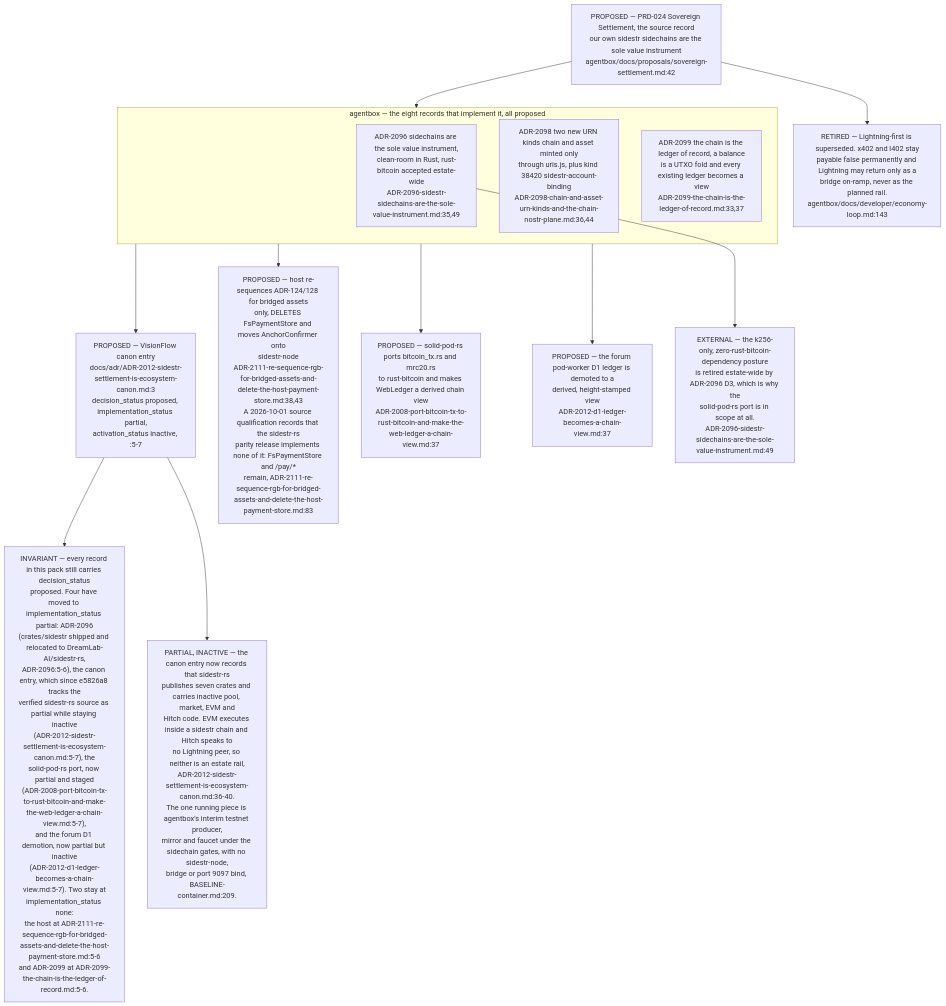
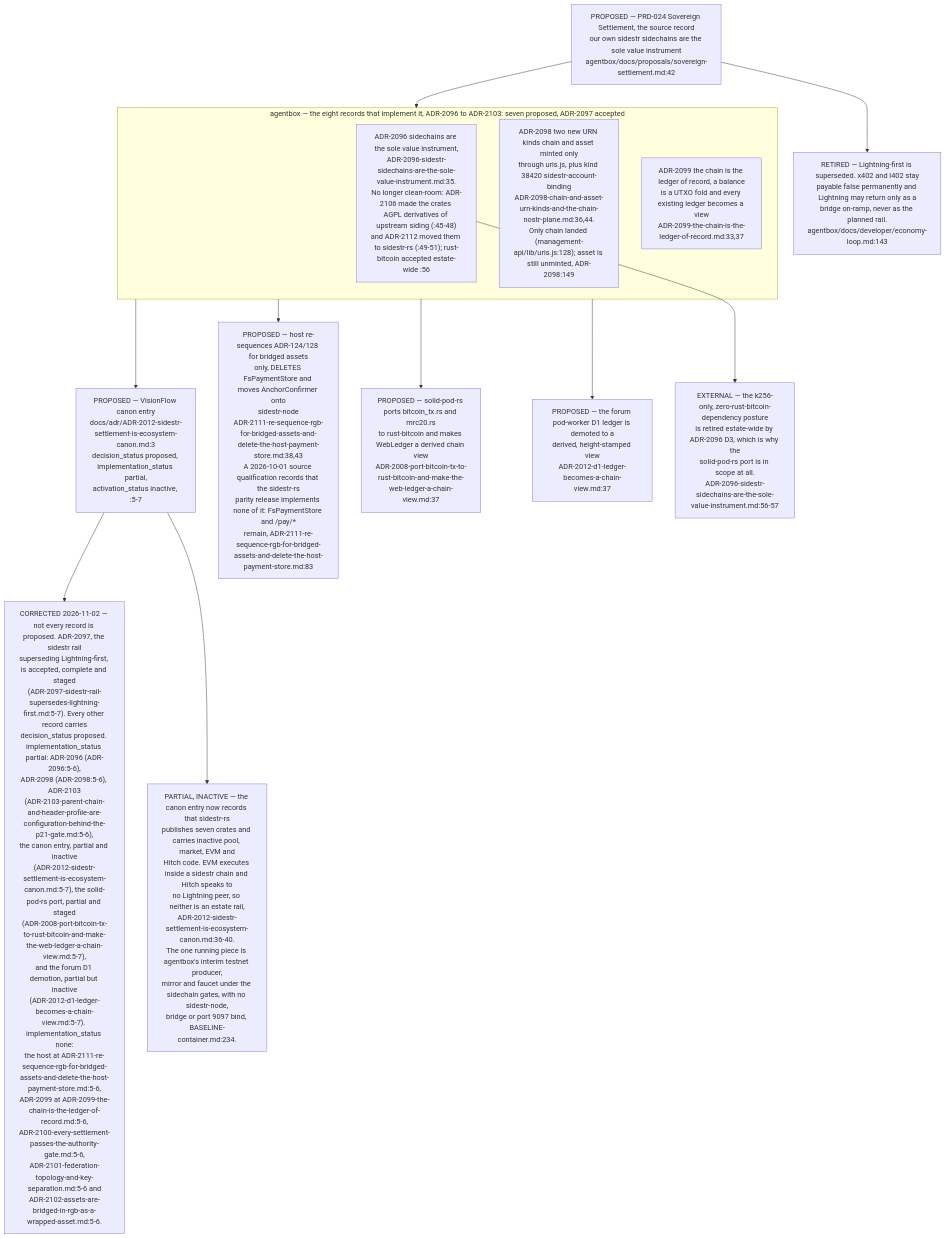
Before and after one commit to DreamLab-AI/VisionFlow: diagram 11 of 12 in docs/diagrams/estate/03-cross-repo-federation-contract.md, drawn with Mermaid. The commit also changed other lines of this file and 91 other files, not shown here.

First line of the commit message:
docs(audit): estate audit wave 2, every repository except agentbox and VisionClaw

````diff
--- a/docs/diagrams/estate/03-cross-repo-federation-contract.md
+++ b/docs/diagrams/estate/03-cross-repo-federation-contract.md
@@ -451,32 +478,32 @@
 ```mermaid
 flowchart TB
     PRD["PROPOSED — PRD-024 Sovereign Settlement, the source record<br/>our own sidestr sidechains are the sole value instrument<br/>agentbox/docs/proposals/sovereign-settlement.md:42"]
 
-    subgraph AB["agentbox — the eight records that implement it, all proposed"]
-        A96["ADR-2096 sidechains are the sole value instrument,<br/>clean-room in Rust, rust-bitcoin accepted estate-wide<br/>ADR-2096-sidestr-sidechains-are-the-sole-value-instrument.md:35,49"]
-        A98["ADR-2098 two new URN kinds chain and asset minted only<br/>through uris.js, plus kind 38420 sidestr-account-binding<br/>ADR-2098-chain-and-asset-urn-kinds-and-the-chain-nostr-plane.md:36,44"]
+    subgraph AB["agentbox — the eight records that implement it, ADR-2096 to ADR-2103: seven proposed, ADR-2097 accepted"]
+        A96["ADR-2096 sidechains are the sole value instrument,<br/>ADR-2096-sidestr-sidechains-are-the-sole-value-instrument.md:35.<br/>No longer clean-room: ADR-2106 made the crates AGPL derivatives of upstream siding (:45-48)<br/>and ADR-2112 moved them to sidestr-rs (:49-51); rust-bitcoin accepted estate-wide :56"]
+        A98["ADR-2098 two new URN kinds chain and asset minted only<br/>through uris.js, plus kind 38420 sidestr-account-binding<br/>ADR-2098-chain-and-asset-urn-kinds-and-the-chain-nostr-plane.md:36,44.<br/>Only chain landed (management-api/lib/uris.js:128); asset is still unminted, ADR-2098:149"]
         A99["ADR-2099 the chain is the ledger of record, a balance<br/>is a UTXO fold and every existing ledger becomes a view<br/>ADR-2099-the-chain-is-the-ledger-of-record.md:33,37"]
     end
     PRD --> AB
 
     CANON["PROPOSED — VisionFlow canon entry<br/>docs/adr/ADR-2012-sidestr-settlement-is-ecosystem-canon.md:3<br/>decision_status proposed, implementation_status partial,<br/>activation_status inactive, :5-7"]
     HOST["PROPOSED — host re-sequences ADR-124/128 for bridged assets<br/>only, DELETES FsPaymentStore and moves AnchorConfirmer onto<br/>sidestr-node<br/>ADR-2111-re-sequence-rgb-for-bridged-assets-and-delete-the-host-payment-store.md:38,43<br/>A 2026-10-01 source qualification records that the sidestr-rs<br/>parity release implements none of it: FsPaymentStore and /pay/*<br/>remain, ADR-2111-re-sequence-rgb-for-bridged-assets-and-delete-the-host-payment-store.md:83"]
     SPR["PROPOSED — solid-pod-rs ports bitcoin_tx.rs and mrc20.rs<br/>to rust-bitcoin and makes WebLedger a derived chain view<br/>ADR-2008-port-bitcoin-tx-to-rust-bitcoin-and-make-the-web-ledger-a-chain-view.md:37"]
     FRM["PROPOSED — the forum pod-worker D1 ledger is demoted to a<br/>derived, height-stamped view<br/>ADR-2012-d1-ledger-becomes-a-chain-view.md:37"]
 
     AB --> CANON
     AB --> HOST
     AB --> SPR
     AB --> FRM
 
-    INV["INVARIANT — every record in this pack still carries decision_status<br/>proposed. Four have moved to implementation_status partial: ADR-2096<br/>(crates/sidestr shipped and relocated to DreamLab-AI/sidestr-rs,<br/>ADR-2096:5-6), the canon entry, which since e5826a8 tracks the<br/>verified sidestr-rs source as partial while staying inactive<br/>(ADR-2012-sidestr-settlement-is-ecosystem-canon.md:5-7), the<br/>solid-pod-rs port, now partial and staged<br/>(ADR-2008-port-bitcoin-tx-to-rust-bitcoin-and-make-the-web-ledger-a-chain-view.md:5-7),<br/>and the forum D1 demotion, now partial but inactive<br/>(ADR-2012-d1-ledger-becomes-a-chain-view.md:5-7). Two stay at<br/>implementation_status none:<br/>the host at ADR-2111-re-sequence-rgb-for-bridged-assets-and-delete-the-host-payment-store.md:5-6<br/>and ADR-2099 at ADR-2099-the-chain-is-the-ledger-of-record.md:5-6."]
+    INV["CORRECTED 2026-11-02 — not every record is proposed. ADR-2097, the sidestr rail<br/>superseding Lightning-first, is accepted, complete and staged<br/>(ADR-2097-sidestr-rail-supersedes-lightning-first.md:5-7). Every other record carries<br/>decision_status proposed. implementation_status partial: ADR-2096 (ADR-2096:5-6),<br/>ADR-2098 (ADR-2098:5-6), ADR-2103<br/>(ADR-2103-parent-chain-and-header-profile-are-configuration-behind-the-p21-gate.md:5-6),<br/>the canon entry, partial and inactive<br/>(ADR-2012-sidestr-settlement-is-ecosystem-canon.md:5-7), the solid-pod-rs port, partial and staged<br/>(ADR-2008-port-bitcoin-tx-to-rust-bitcoin-and-make-the-web-ledger-a-chain-view.md:5-7),<br/>and the forum D1 demotion, partial but inactive<br/>(ADR-2012-d1-ledger-becomes-a-chain-view.md:5-7). implementation_status none:<br/>the host at ADR-2111-re-sequence-rgb-for-bridged-assets-and-delete-the-host-payment-store.md:5-6,<br/>ADR-2099 at ADR-2099-the-chain-is-the-ledger-of-record.md:5-6,<br/>ADR-2100-every-settlement-passes-the-authority-gate.md:5-6,<br/>ADR-2101-federation-topology-and-key-separation.md:5-6 and<br/>ADR-2102-assets-are-bridged-in-rgb-as-a-wrapped-asset.md:5-6."]
     CANON --> INV
-    SRCST["PARTIAL, INACTIVE — the canon entry now records that sidestr-rs<br/>publishes seven crates and carries inactive pool, market, EVM and<br/>Hitch code. EVM executes inside a sidestr chain and Hitch speaks to<br/>no Lightning peer, so neither is an estate rail,<br/>ADR-2012-sidestr-settlement-is-ecosystem-canon.md:36-40.<br/>The one running piece is agentbox's interim testnet producer,<br/>mirror and faucet under the sidechain gates, with no sidestr-node,<br/>bridge or port 9097 bind, BASELINE-container.md:209."]
+    SRCST["PARTIAL, INACTIVE — the canon entry now records that sidestr-rs<br/>publishes seven crates and carries inactive pool, market, EVM and<br/>Hitch code. EVM executes inside a sidestr chain and Hitch speaks to<br/>no Lightning peer, so neither is an estate rail,<br/>ADR-2012-sidestr-settlement-is-ecosystem-canon.md:36-40.<br/>The one running piece is agentbox's interim testnet producer,<br/>mirror and faucet under the sidechain gates, with no sidestr-node,<br/>bridge or port 9097 bind, BASELINE-container.md:234."]
     CANON --> SRCST
 
     RET["RETIRED — Lightning-first is superseded. x402 and l402 stay<br/>payable false permanently and Lightning may return only as a<br/>bridge on-ramp, never as the planned rail.<br/>agentbox/docs/developer/economy-loop.md:143"]
     PRD --> RET
 
-    KILL["EXTERNAL — the k256-only, zero-rust-bitcoin-dependency posture<br/>is retired estate-wide by ADR-2096 D3, which is why the<br/>solid-pod-rs port is in scope at all.<br/>ADR-2096-sidestr-sidechains-are-the-sole-value-instrument.md:49"]
+    KILL["EXTERNAL — the k256-only, zero-rust-bitcoin-dependency posture<br/>is retired estate-wide by ADR-2096 D3, which is why the<br/>solid-pod-rs port is in scope at all.<br/>ADR-2096-sidestr-sidechains-are-the-sole-value-instrument.md:56-57"]
     A96 --> KILL
 ```
````
